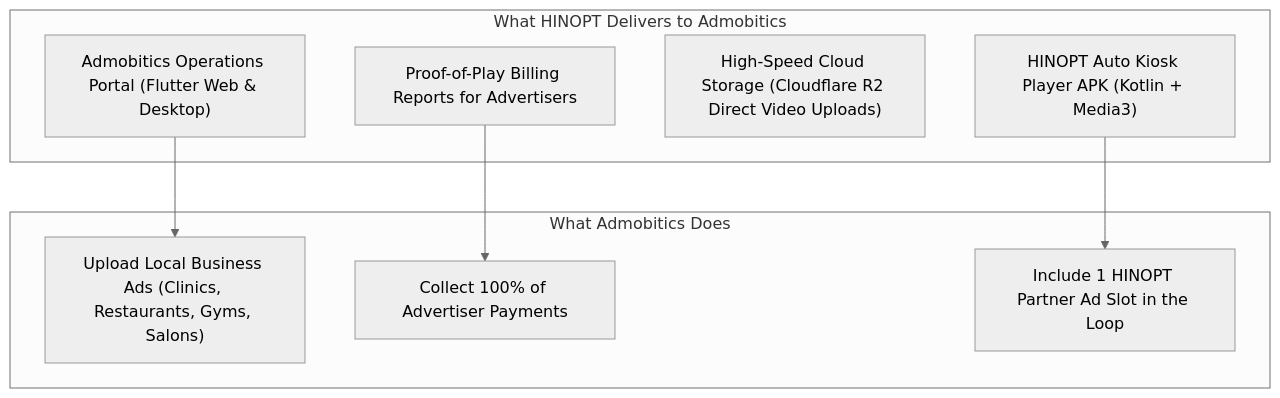
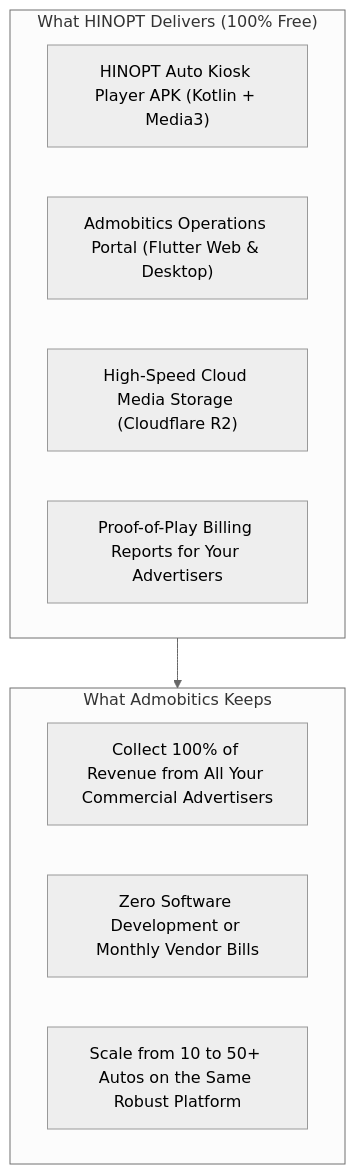
One commit to abhiwebappcreations-a11y/hinopt-advertising-software changed the diagram in docs/product/admobitics-partnership-pitch-proposal.md. Above: the diagram before and after it, drawn with Mermaid (neutral theme). The commit also changed other lines of this file, not shown here.

Commit message:
docs(partnership): refine pitch proposal tone focusing on Admobitics growth without price comparisons

````diff
--- a/docs/product/admobitics-partnership-pitch-proposal.md
+++ b/docs/product/admobitics-partnership-pitch-proposal.md
@@ -82,19 +39,17 @@
 ```mermaid
 flowchart TD
-    subgraph AdmobiticsGets["What HINOPT Delivers to Admobitics"]
+    subgraph HINOPT_Delivers["What HINOPT Delivers (100% Free)"]
+        APK["HINOPT Auto Kiosk Player APK (Kotlin + Media3)"]
         Portal["Admobitics Operations Portal (Flutter Web & Desktop)"]
-        APK["HINOPT Auto Kiosk Player APK (Kotlin + Media3)"]
-        Cloud["High-Speed Cloud Storage (Cloudflare R2 Direct Video Uploads)"]
-        Reports["Proof-of-Play Billing Reports for Advertisers"]
+        Cloud["High-Speed Cloud Media Storage (Cloudflare R2)"]
+        Reports["Proof-of-Play Billing Reports for Your Advertisers"]
     end
 
-    subgraph WhatAdmobiticsDoes["What Admobitics Does"]
-        ManageAds["Upload Local Business Ads (Clinics, Restaurants, Gyms, Salons)"]
-        KeepCash["Collect 100% of Advertiser Payments"]
-        PlayHINOPT["Include 1 HINOPT Partner Ad Slot in the Loop"]
+    subgraph Admobitics_Benefits["What Admobitics Keeps"]
+        AdRev["Collect 100% of Revenue from All Your Commercial Advertisers"]
+        ZeroTech["Zero Software Development or Monthly Vendor Bills"]
+        Scale["Scale from 10 to 50+ Autos on the Same Robust Platform"]
     end
 
-    Portal --> ManageAds
-    APK --> PlayHINOPT
-    Reports --> KeepCash
+    HINOPT_Delivers --> Admobitics_Benefits
 ```
````
